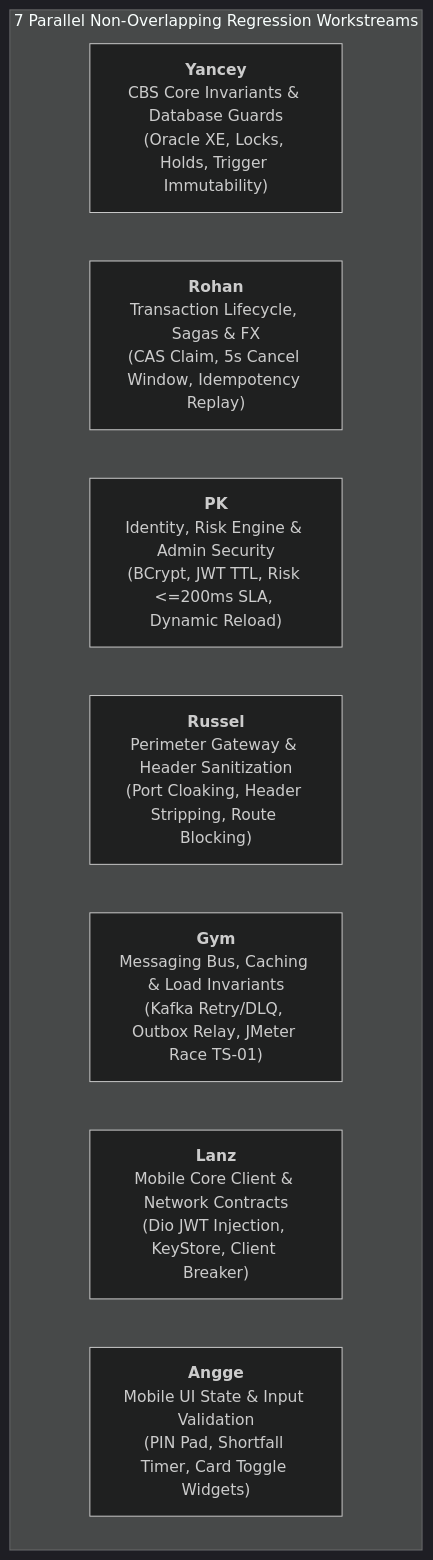
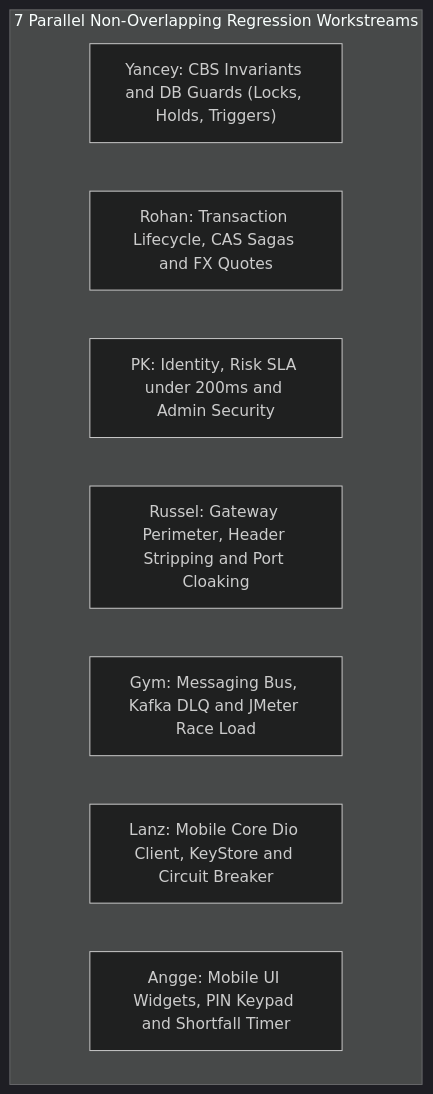
The diagram in docs/REGRESSION_TEST_PLAN.md (integrated-capstone-group-1/cloud-staging-test), drawn with Mermaid (dark theme) before and after one commit. The commit also changed 4 other files, not shown here.

Commit message:
docs: Mermaid diagram rendering

````diff
--- a/docs/REGRESSION_TEST_PLAN.md
+++ b/docs/REGRESSION_TEST_PLAN.md
@@ -23,12 +23,12 @@
 ```mermaid
 flowchart TD
     subgraph ParallelWorkstreams["7 Parallel Non-Overlapping Regression Workstreams"]
-        Y["<b>Yancey</b><br/>CBS Core Invariants & Database Guards<br/>(Oracle XE, Locks, Holds, Trigger Immutability)"]
-        R["<b>Rohan</b><br/>Transaction Lifecycle, Sagas & FX<br/>(CAS Claim, 5s Cancel Window, Idempotency Replay)"]
-        P["<b>PK</b><br/>Identity, Risk Engine & Admin Security<br/>(BCrypt, JWT TTL, Risk <=200ms SLA, Dynamic Reload)"]
-        RU["<b>Russel</b><br/>Perimeter Gateway & Header Sanitization<br/>(Port Cloaking, Header Stripping, Route Blocking)"]
-        G["<b>Gym</b><br/>Messaging Bus, Caching & Load Invariants<br/>(Kafka Retry/DLQ, Outbox Relay, JMeter Race TS-01)"]
-        L["<b>Lanz</b><br/>Mobile Core Client & Network Contracts<br/>(Dio JWT Injection, KeyStore, Client Breaker)"]
-        A["<b>Angge</b><br/>Mobile UI State & Input Validation<br/>(PIN Pad, Shortfall Timer, Card Toggle Widgets)"]
+        Y["Yancey: CBS Invariants and DB Guards (Locks, Holds, Triggers)"]
+        R["Rohan: Transaction Lifecycle, CAS Sagas and FX Quotes"]
+        P["PK: Identity, Risk SLA under 200ms and Admin Security"]
+        RU["Russel: Gateway Perimeter, Header Stripping and Port Cloaking"]
+        G["Gym: Messaging Bus, Kafka DLQ and JMeter Race Load"]
+        L["Lanz: Mobile Core Dio Client, KeyStore and Circuit Breaker"]
+        A["Angge: Mobile UI Widgets, PIN Keypad and Shortfall Timer"]
     end
 ```
````
